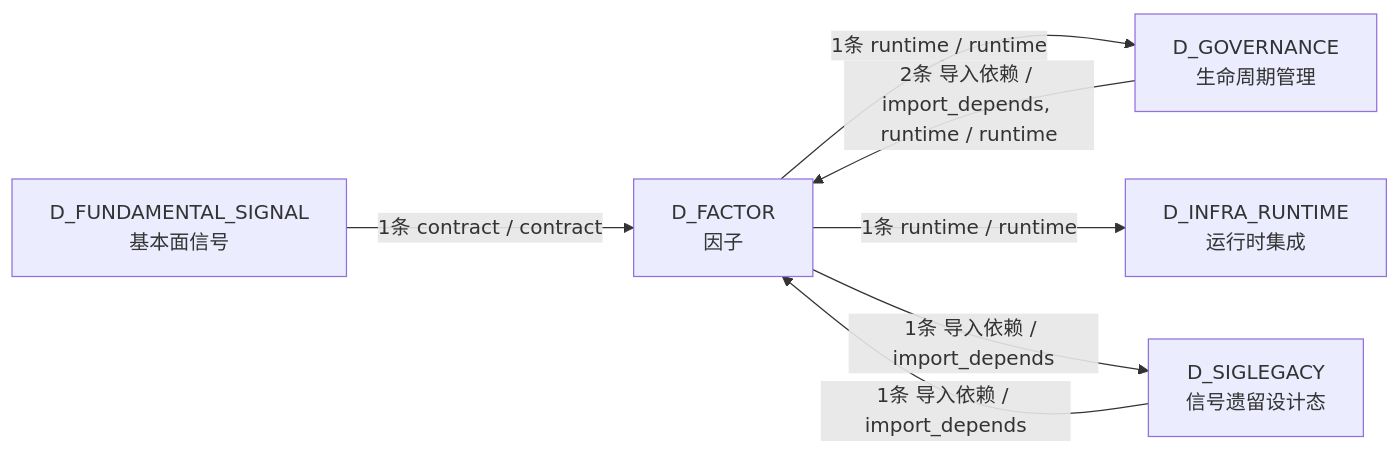
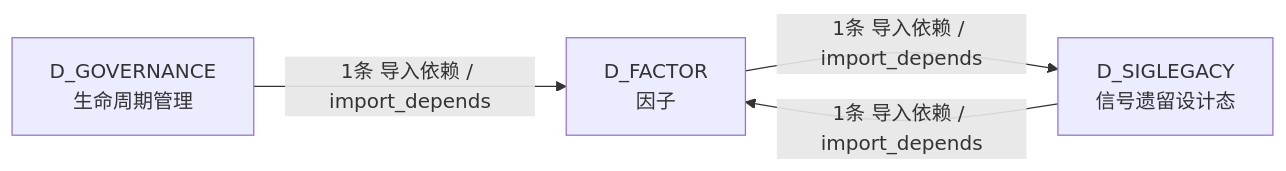
One commit to xuanFelixVan/ZephyrAlpha changed the fourth of 4 diagrams in docs/02_enterprise_architecture/02_domain_architecture_docs/36_d_factor.md. Above: the diagram before and after it, drawn with Mermaid. The commit also changed other lines of this file and 124 other files, not shown here.

````diff
--- a/docs/02_enterprise_architecture/02_domain_architecture_docs/36_d_factor.md
+++ b/docs/02_enterprise_architecture/02_domain_architecture_docs/36_d_factor.md
@@ -212,14 +194,9 @@
 ```mermaid
 graph LR
     D_FACTOR["D_FACTOR<br/>因子"]
+    D_SIGLEGACY["D_SIGLEGACY<br/>信号遗留设计态"]
     D_GOVERNANCE["D_GOVERNANCE<br/>生命周期管理"]
-    D_INFRA_RUNTIME["D_INFRA_RUNTIME<br/>运行时集成"]
-    D_SIGLEGACY["D_SIGLEGACY<br/>信号遗留设计态"]
-    D_FUNDAMENTAL_SIGNAL["D_FUNDAMENTAL_SIGNAL<br/>基本面信号"]
-    D_FACTOR -->|1条 runtime / runtime| D_GOVERNANCE
-    D_FACTOR -->|1条 runtime / runtime| D_INFRA_RUNTIME
     D_FACTOR -->|1条 导入依赖 / import_depends| D_SIGLEGACY
-    D_GOVERNANCE -->|2条 导入依赖 / import_depends, runtime / runtime| D_FACTOR
-    D_FUNDAMENTAL_SIGNAL -->|1条 contract / contract| D_FACTOR
+    D_GOVERNANCE -->|1条 导入依赖 / import_depends| D_FACTOR
     D_SIGLEGACY -->|1条 导入依赖 / import_depends| D_FACTOR
 ```
````
